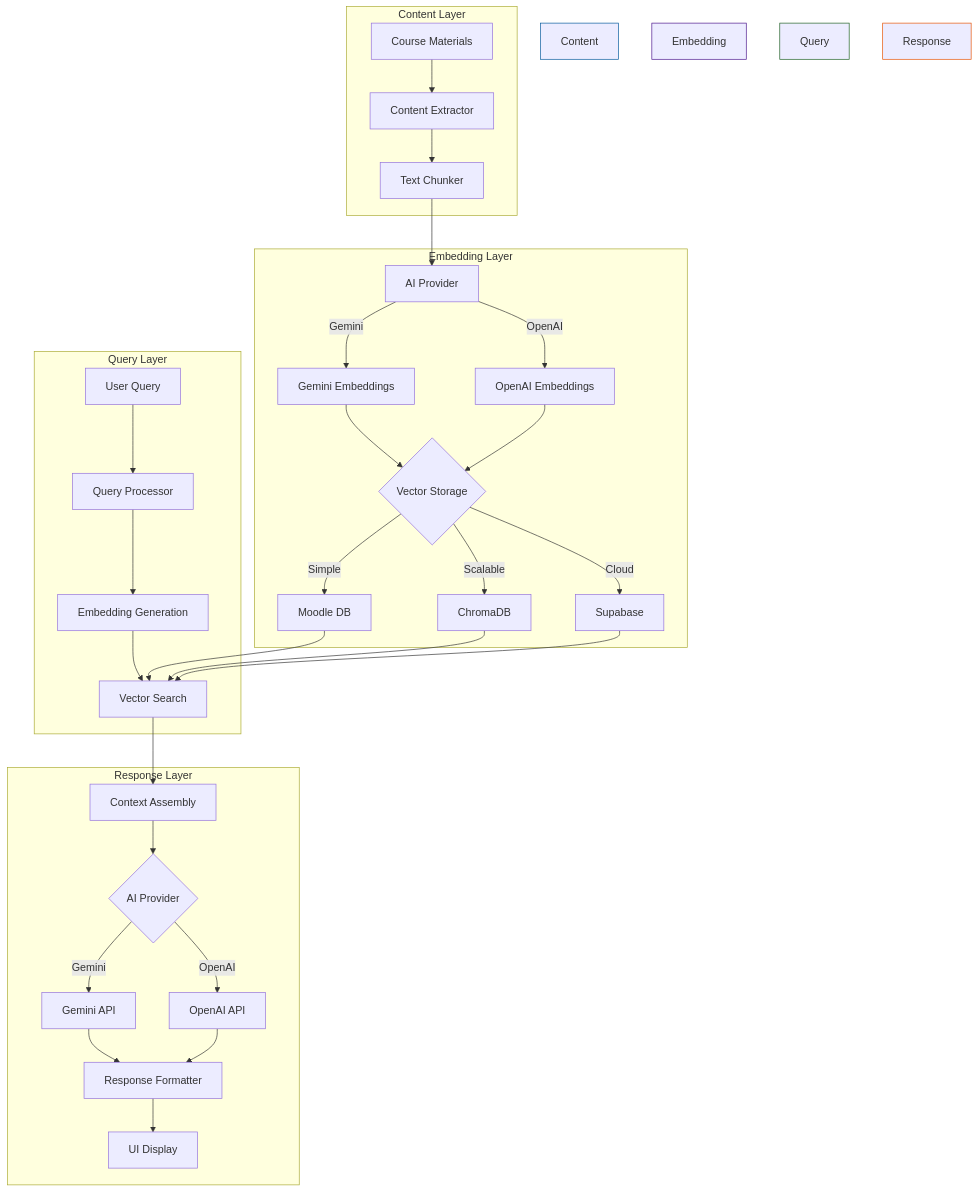
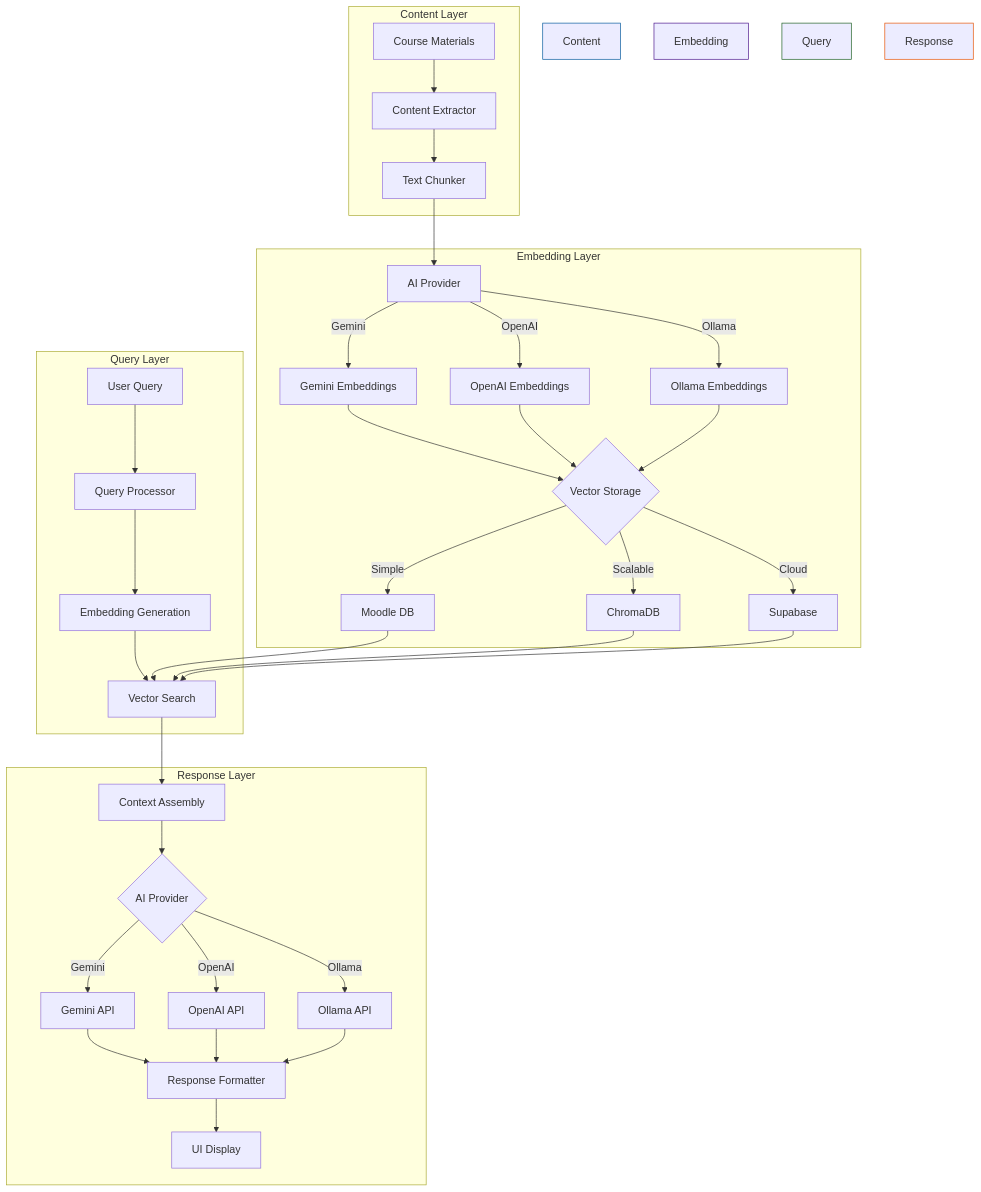
One commit to khairu-aqsara/moodle-blocks_terusrag changed the diagram in README.md. Above: the diagram before and after it, drawn with Mermaid.

````diff
--- a/README.md
+++ b/README.md
@@ -32,38 +32,40 @@
 ```mermaid
 graph TB
     subgraph Content Layer
         A[Course Materials] --> B[Content Extractor]
         B --> C[Text Chunker]
     end
 
     subgraph Embedding Layer
         C --> D[AI Provider]
         D -->|Gemini| D1[Gemini Embeddings]
         D -->|OpenAI| D2[OpenAI Embeddings]
-        D1 & D2 --> E{Vector Storage}
+        D -->|Ollama| D3[Ollama Embeddings]
+        D1 & D2 & D3 --> E{Vector Storage}
         E -->|Simple| F[Moodle DB]
         E -->|Scalable| G[ChromaDB]
         E -->|Cloud| H[Supabase]
     end
 
     subgraph Query Layer
         I[User Query] --> J[Query Processor]
         J --> K[Embedding Generation]
         K --> L[Vector Search]
         F & G & H --> L
     end
 
     subgraph Response Layer
         L --> M[Context Assembly]
         M --> N{AI Provider}
         N -->|Gemini| N1[Gemini API]
         N -->|OpenAI| N2[OpenAI API]
-        N1 & N2 --> O[Response Formatter]
+        N -->|Ollama| N3[Ollama API]
+        N1 & N2 & N3 --> O[Response Formatter]
         O --> P[UI Display]
     end
 
     style Content Layer fill:#e1f5fe,stroke:#01579b
     style Embedding Layer fill:#f3e5f5,stroke:#4a148c
     style Query Layer fill:#e8f5e9,stroke:#1b5e20
     style Response Layer fill:#fff3e0,stroke:#e65100
 ```
````
